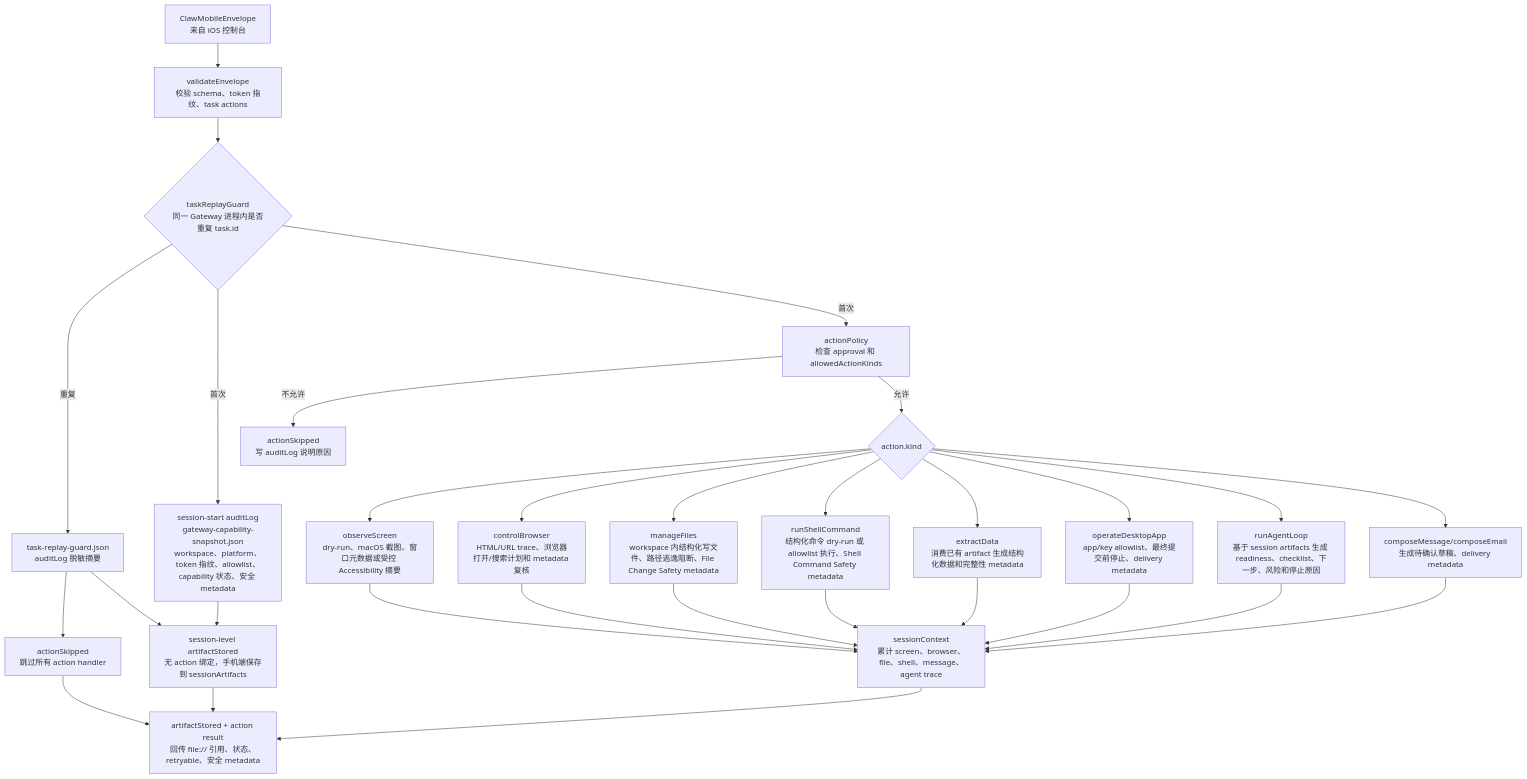
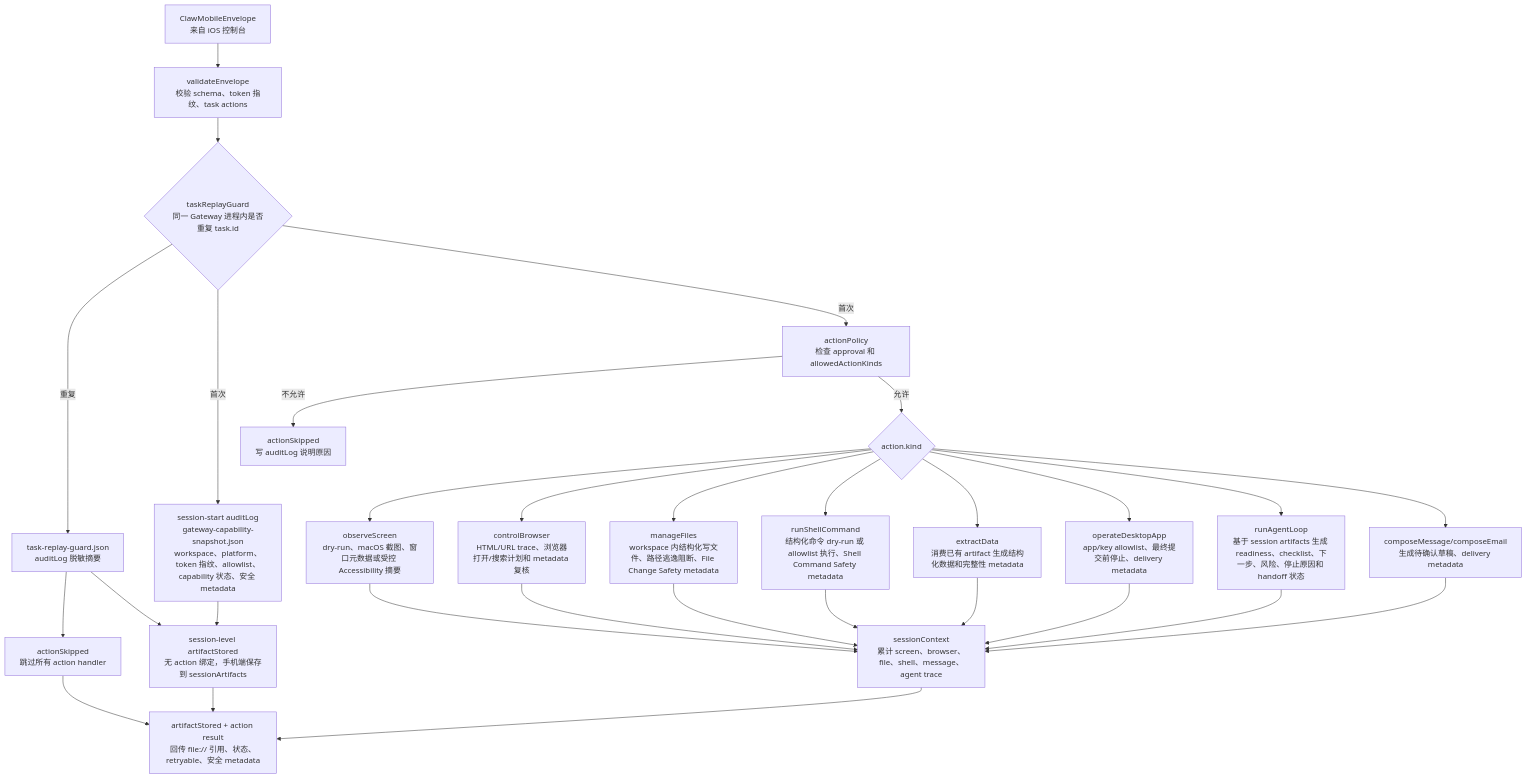
The second of 3 diagrams in md/flow/flowchart.md (Altman-sam114/115), drawn with Mermaid before and after one commit. The commit also changed other lines of this file and 14 other files, not shown here.

````diff
--- a/md/flow/flowchart.md
+++ b/md/flow/flowchart.md
@@ -74,32 +74,32 @@
 ```mermaid
 flowchart TD
   ENV["ClawMobileEnvelope<br/>来自 iOS 控制台"] --> VAL["validateEnvelope<br/>校验 schema、token 指纹、task actions"]
   VAL --> REPLAY{"taskReplayGuard<br/>同一 Gateway 进程内是否重复 task.id"}
   REPLAY -->|"重复"| RG["task-replay-guard.json<br/>auditLog 脱敏摘要"]
   RG --> RGS["actionSkipped<br/>跳过所有 action handler"]
   RG --> SOUT
   RGS --> OUT
   REPLAY -->|"首次"| SNAP["session-start auditLog<br/>gateway-capability-snapshot.json<br/>workspace、platform、token 指纹、allowlist、capability 状态、安全 metadata"]
   REPLAY -->|"首次"| POL["actionPolicy<br/>检查 approval 和 allowedActionKinds"]
   POL -->|不允许| SKIP["actionSkipped<br/>写 auditLog 说明原因"]
   POL -->|允许| KIND{"action.kind"}
   KIND --> OBS["observeScreen<br/>dry-run、macOS 截图、窗口元数据或受控 Accessibility 摘要"]
   KIND --> BRO["controlBrowser<br/>HTML/URL trace、浏览器打开/搜索计划和 metadata 复核"]
   KIND --> FILE["manageFiles<br/>workspace 内结构化写文件、路径逃逸阻断、File Change Safety metadata"]
   KIND --> SH["runShellCommand<br/>结构化命令 dry-run 或 allowlist 执行、Shell Command Safety metadata"]
   KIND --> EXT["extractData<br/>消费已有 artifact 生成结构化数据和完整性 metadata"]
   KIND --> APP["operateDesktopApp<br/>app/key allowlist、最终提交前停止、delivery metadata"]
-  KIND --> AG["runAgentLoop<br/>基于 session artifacts 生成 readiness、checklist、下一步、风险和停止原因"]
+  KIND --> AG["runAgentLoop<br/>基于 session artifacts 生成 readiness、checklist、下一步、风险、停止原因和 handoff 状态"]
   KIND --> MSG["composeMessage/composeEmail<br/>生成待确认草稿、delivery metadata"]
   OBS --> CTX["sessionContext<br/>累计 screen、browser、file、shell、message、agent trace"]
   BRO --> CTX
   FILE --> CTX
   SH --> CTX
   EXT --> CTX
   APP --> CTX
   AG --> CTX
   MSG --> CTX
   SNAP --> SOUT["session-level artifactStored<br/>无 action 绑定，手机端保存到 sessionArtifacts"]
   CTX --> OUT["artifactStored + action result<br/>回传 file:// 引用、状态、retryable、安全 metadata"]
   SOUT --> OUT
 ```
````
